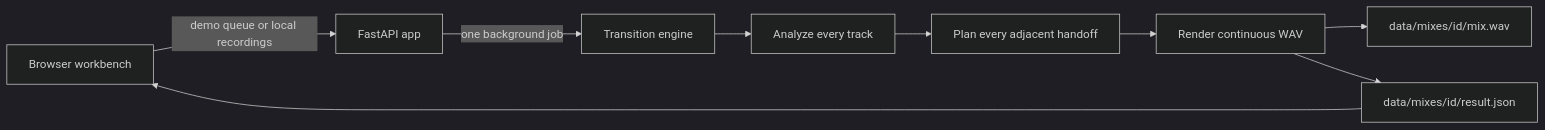
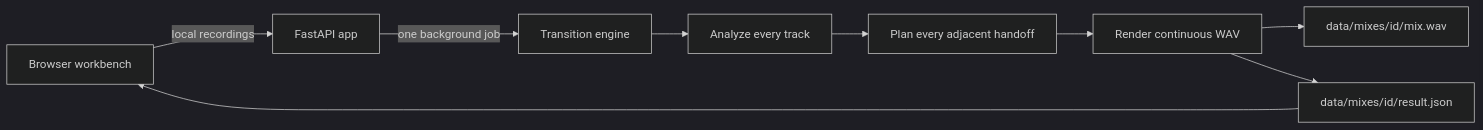
The first of 4 diagrams in README.md (rishabh1057d/automix-lab), drawn with Mermaid (dark theme) before and after one commit. The commit also changed other lines of this file and 6 other files, not shown here.

````diff
--- a/README.md
+++ b/README.md
@@ -35,11 +35,11 @@
 ```mermaid
 flowchart LR
-  UI[Browser workbench] -->|demo queue or local recordings| API[FastAPI app]
+  UI[Browser workbench] -->|local recordings| API[FastAPI app]
   API -->|one background job| ENGINE[Transition engine]
   ENGINE --> ANALYZE[Analyze every track]
   ANALYZE --> PLAN[Plan every adjacent handoff]
   PLAN --> RENDER[Render continuous WAV]
   RENDER --> WAV[data/mixes/id/mix.wav]
   RENDER --> RESULT[data/mixes/id/result.json]
   RESULT --> UI
 ```
````
